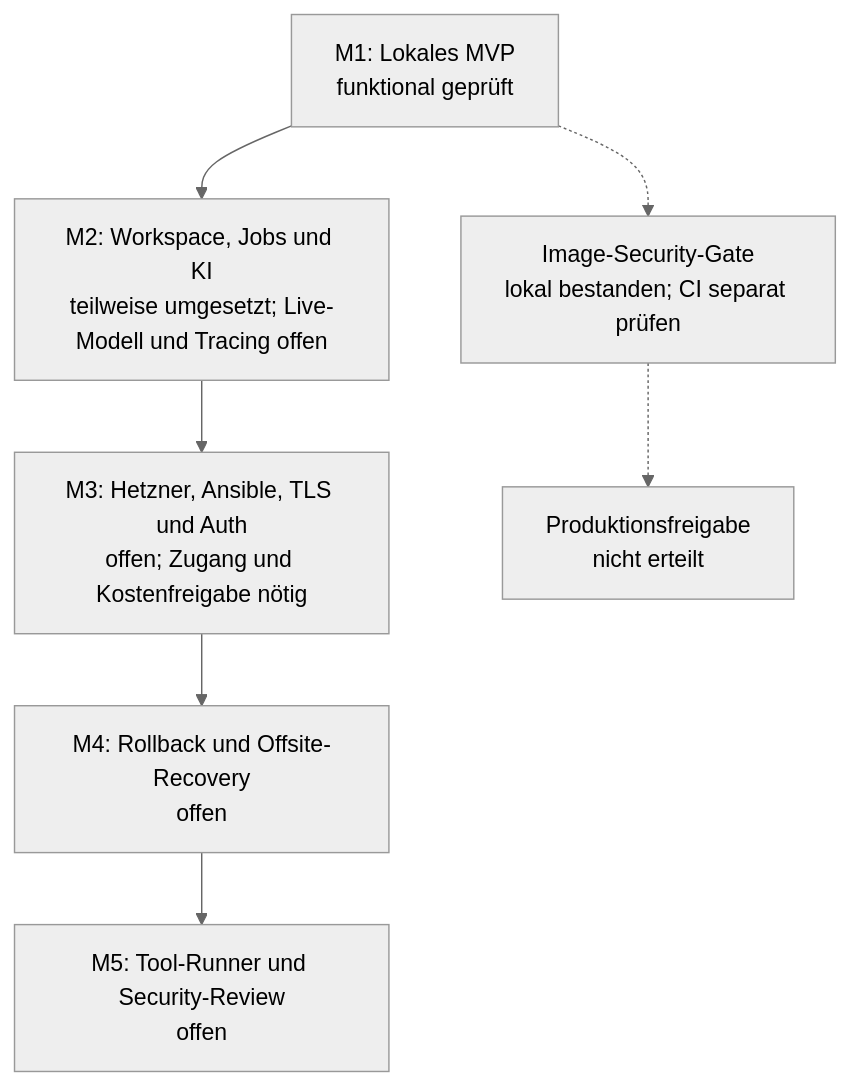
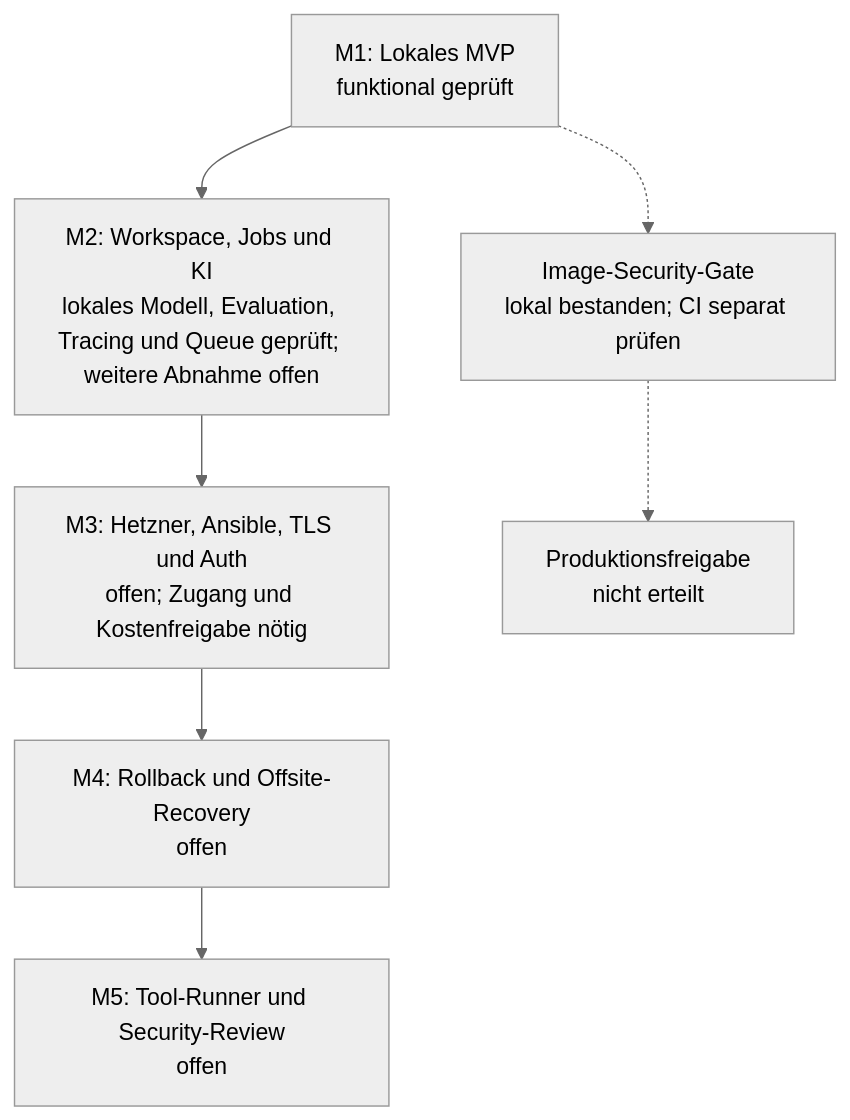
The diagram in docs/ROADMAP.md (mischapogr/ai-platform-blueprint), drawn with Mermaid (neutral theme) before and after one commit. The commit also changed other lines of this file and 15 other files, not shown here.

````diff
--- a/docs/ROADMAP.md
+++ b/docs/ROADMAP.md
@@ -9,12 +12,12 @@
 ```mermaid
 flowchart TB
     M1["M1: Lokales MVP<br/>funktional geprüft"]
     Gate["Image-Security-Gate<br/>lokal bestanden; CI separat prüfen"]
-    M2["M2: Workspace, Jobs und KI<br/>teilweise umgesetzt; Live-Modell und Tracing offen"]
+    M2["M2: Workspace, Jobs und KI<br/>lokales Modell, Evaluation, Tracing und Queue geprüft; weitere Abnahme offen"]
     M3["M3: Hetzner, Ansible, TLS und Auth<br/>offen; Zugang und Kostenfreigabe nötig"]
     M4["M4: Rollback und Offsite-Recovery<br/>offen"]
     M5["M5: Tool-Runner und Security-Review<br/>offen"]
     M1 --> M2 --> M3 --> M4 --> M5
     M1 -.-> Gate
     Gate -.-> Release["Produktionsfreigabe<br/>nicht erteilt"]
 ```
````
